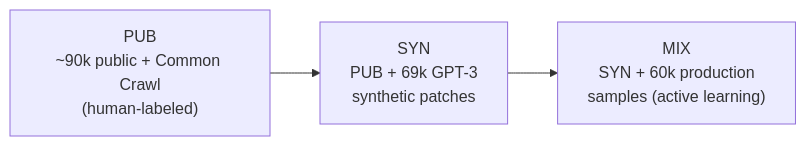
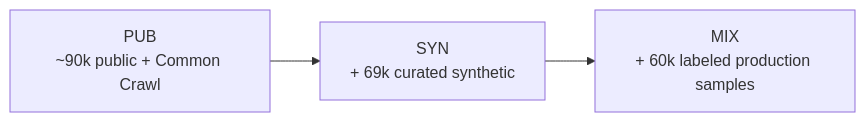
The first of 5 diagrams in case-studies/harmful-content-detection/README.md (romancobblepot/AI-system-design-primer), drawn with Mermaid before and after one commit. The commit also changed other lines of this file and 49 other files, not shown here.

````diff
--- a/case-studies/harmful-content-detection/README.md
+++ b/case-studies/harmful-content-detection/README.md
@@ -96,5 +110,5 @@
 ```mermaid
 flowchart LR
-    PUB["PUB\n~90k public + Common Crawl\n(human-labeled)"] --> SYN["SYN\nPUB + 69k GPT-3\nsynthetic patches"]
-    SYN --> MIX["MIX\nSYN + 60k production\nsamples (active learning)"]
+    PUB["PUB\n~90k public + Common Crawl"] --> SYN["SYN\n+ 69k curated synthetic"]
+    SYN --> MIX["MIX\n+ 60k labeled production samples"]
 ```
````
